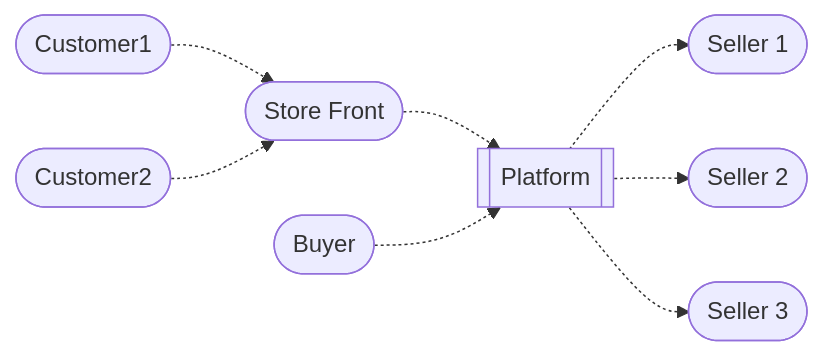
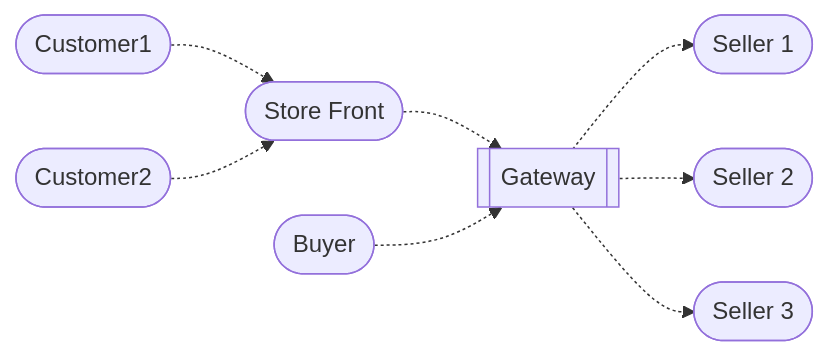
One commit to dreamcatcher-tech/network changed the third of 4 diagrams in Inbox/2024-08-13 1637 using stripe to process payments.md. Above: the diagram before and after it, drawn with Mermaid. The commit also changed other lines of this file, not shown here.

Commit message:
vault backup: 2024-08-14 23:06:08

````diff
--- a/Inbox/2024-08-13 1637 using stripe to process payments.md
+++ b/Inbox/2024-08-13 1637 using stripe to process payments.md
@@ -222,11 +223,11 @@
 ```mermaid
 flowchart LR
 	Customer1([Customer1]) -.-> Store([Store Front])
 	Customer2([Customer2]) -.-> Store([Store Front])
 	Store -.-> Platform
-    Buyer([Buyer]) -.-> Platform[[Platform]]
+    Buyer([Buyer]) -.-> Platform[[Gateway]]
     Platform -.-> Seller1([Seller 1])
     Platform -.-> Seller2([Seller 2])
     Platform -.-> Seller3([Seller 3])
 
 ```
````
